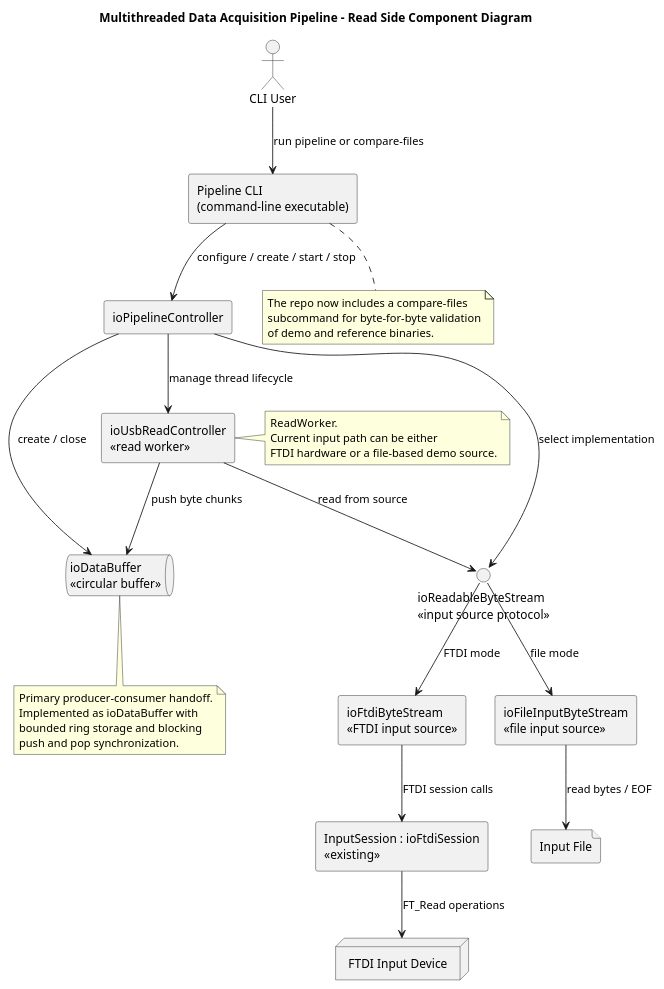
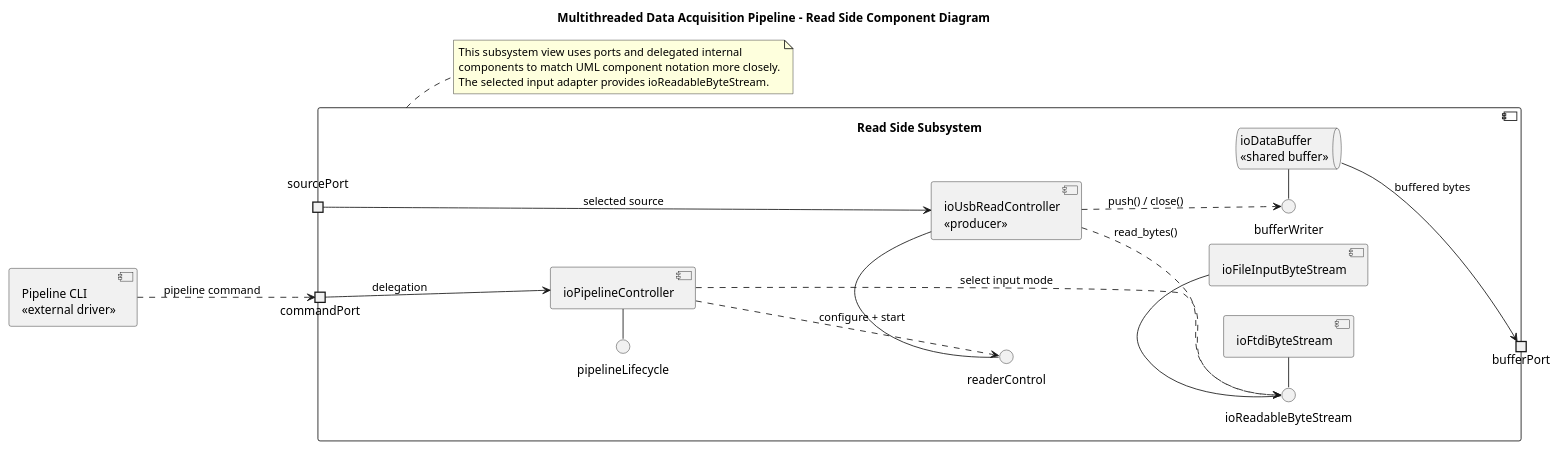
The diagram in docs/plantuml/multithreaded_pipeline_read_component.puml (jcwilson11/FTDI-Oscilloscope), drawn with PlantUML before and after one commit. The commit also changed 5 other files, not shown here.

Commit message:
updated component diagram

```diff
--- a/docs/plantuml/multithreaded_pipeline_read_component.puml
+++ b/docs/plantuml/multithreaded_pipeline_read_component.puml
@@ -1,55 +1,48 @@
 @startuml
 title Multithreaded Data Acquisition Pipeline - Read Side Component Diagram
 
-skinparam componentStyle rectangle
+left to right direction
 skinparam shadowing false
+skinparam componentStyle uml2
 
-actor "CLI User" as User
-component "Pipeline CLI\n(command-line executable)" as CLI
-component "ioPipelineController" as Controller
-component "ioUsbReadController\n<<read worker>>" as ReadWorker
-queue "ioDataBuffer\n<<circular buffer>>" as CircularBuffer
+component "Pipeline CLI\n<<external driver>>" as CLI
 
-interface "ioReadableByteStream\n<<input source protocol>>" as InputSource
-component "ioFileInputByteStream\n<<file input source>>" as FileInput
-component "ioFtdiByteStream\n<<FTDI input source>>" as FtdiInput
+component "Read Side Subsystem" as ReadSide {
+  portin commandPort
+  portin sourcePort
+  portout bufferPort
 
-component "InputSession : ioFtdiSession\n<<existing>>" as InputSession
-node "FTDI Input Device" as InputDevice
-file "Input File" as InputFile
+  component "ioPipelineController" as Controller
+  component "ioUsbReadController\n<<producer>>" as ReadWorker
+  queue "ioDataBuffer\n<<shared buffer>>" as Buffer
+  component "ioFileInputByteStream" as FileInput
+  component "ioFtdiByteStream" as FtdiInput
 
-User --> CLI : run pipeline or compare-files
-CLI --> Controller : configure / create / start / stop
+  () "pipelineLifecycle" as PipelineLifecycle
+  () "readerControl" as ReaderControl
+  () "ioReadableByteStream" as ReadableContract
+  () "bufferWriter" as BufferWriter
+}
 
-Controller --> ReadWorker : manage thread lifecycle
-Controller --> CircularBuffer : create / close
-Controller --> InputSource : select implementation
+PipelineLifecycle - Controller
+ReaderControl - ReadWorker
+ReadableContract - FileInput
+ReadableContract - FtdiInput
+BufferWriter - Buffer
 
-ReadWorker --> InputSource : read from source
-InputSource --> FileInput : file mode
-InputSource --> FtdiInput : FTDI mode
-FileInput --> InputFile : read bytes / EOF
-FtdiInput --> InputSession : FTDI session calls
-InputSession --> InputDevice : FT_Read operations
+CLI ..> commandPort : pipeline command
+commandPort --> Controller : delegation
+sourcePort --> ReadWorker : selected source
+Buffer --> bufferPort : buffered bytes
 
-ReadWorker --> CircularBuffer : push byte chunks
+Controller ..> ReaderControl : configure + start
+Controller ..> ReadableContract : select input mode
+ReadWorker ..> ReadableContract : read_bytes()
+ReadWorker ..> BufferWriter : push() / close()
 
-note right of ReadWorker
-ReadWorker.
-Current input path can be either
-FTDI hardware or a file-based demo source.
-end note
-
-note bottom of CircularBuffer
-Primary producer-consumer handoff.
-Implemented as ioDataBuffer with
-bounded ring storage and blocking
-push and pop synchronization.
-end note
-
-note bottom of CLI
-The repo now includes a compare-files
-subcommand for byte-for-byte validation
-of demo and reference binaries.
+note bottom of ReadSide
+This subsystem view uses ports and delegated internal
+components to match UML component notation more closely.
+The selected input adapter provides ioReadableByteStream.
 end note
 @enduml
```
